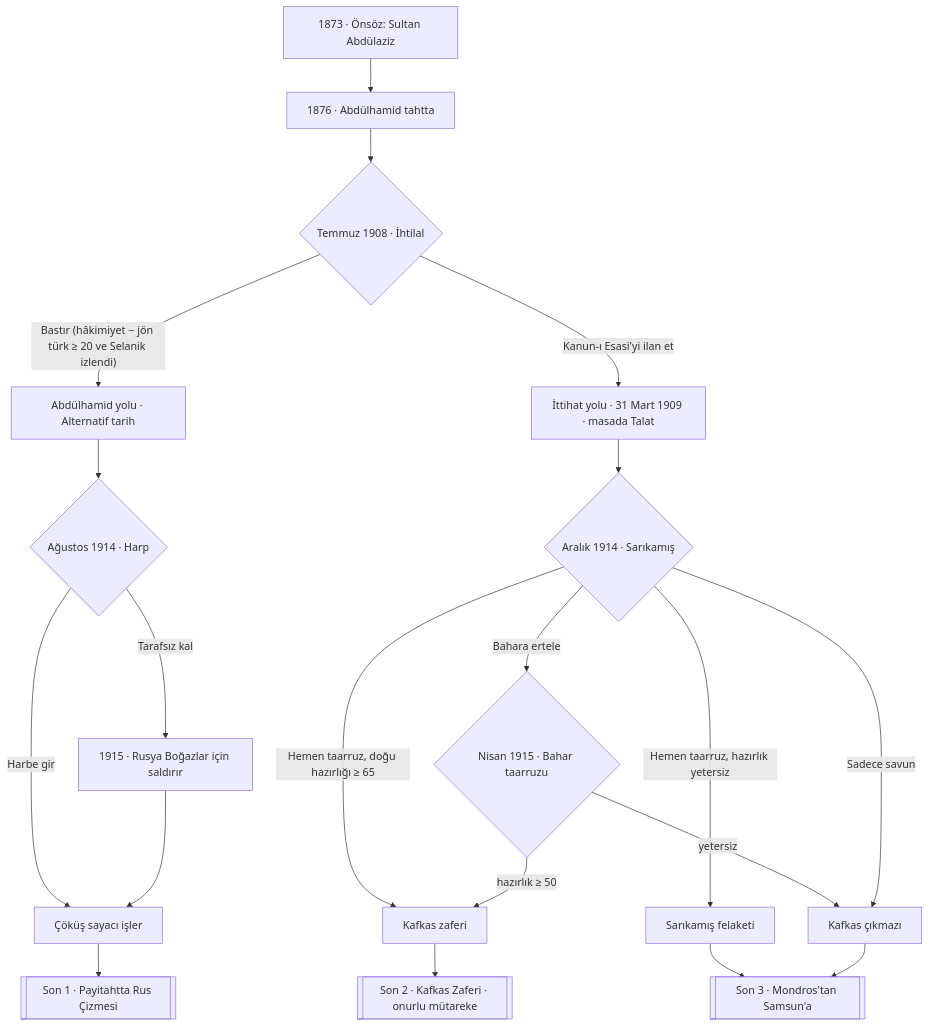
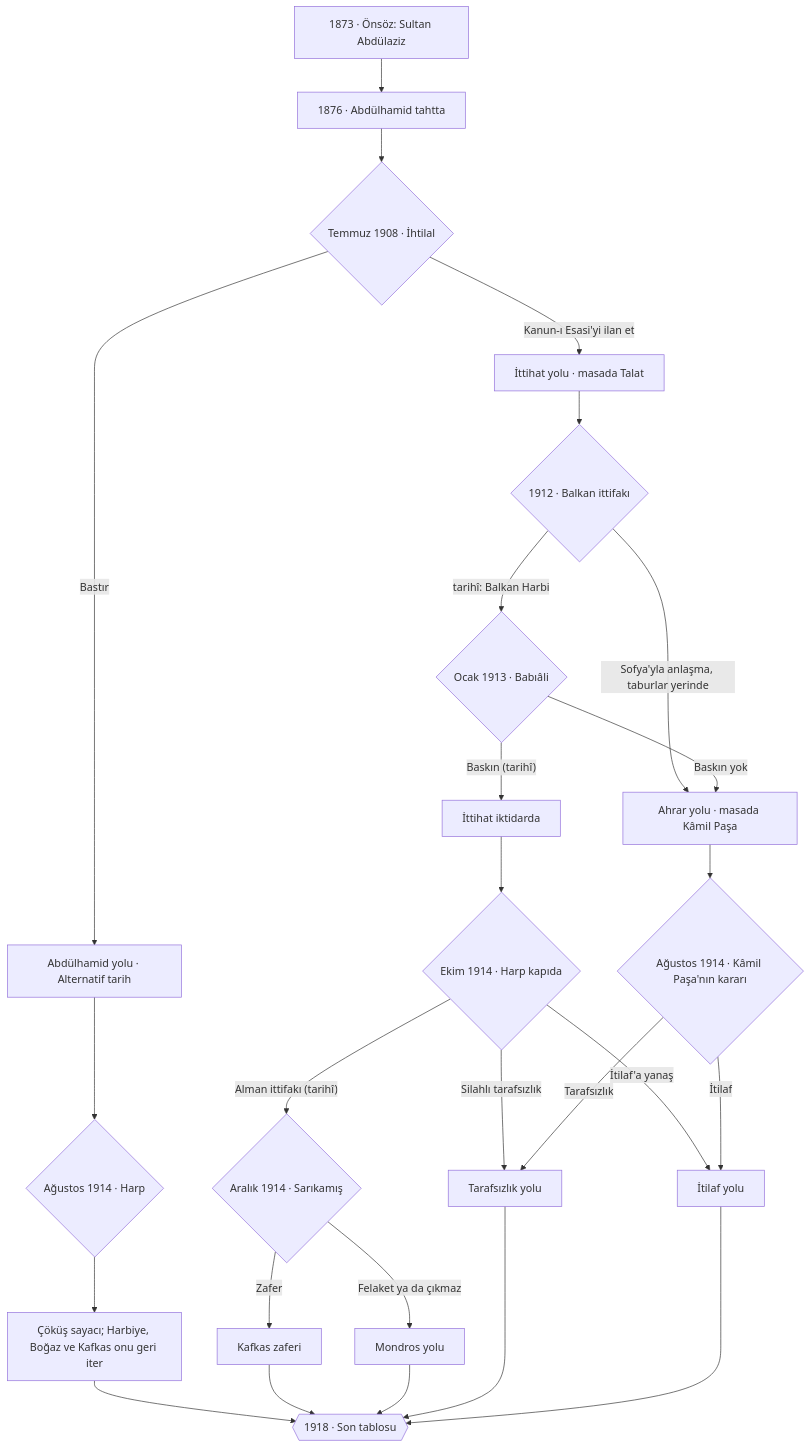
Before and after one commit to YasinAhmet/ayastefanos: the diagram in Lore/Game Design/GD 03 Sonlar ve Yollar.md, drawn with Mermaid. The commit also changed other lines of this file and 23 other files, not shown here.

````diff
--- a/Lore/Game Design/GD 03 Sonlar ve Yollar.md
+++ b/Lore/Game Design/GD 03 Sonlar ve Yollar.md
@@ -10,21 +10,28 @@
 ```mermaid
 flowchart TD
   A["1873 · Önsöz: Sultan Abdülaziz"] --> B["1876 · Abdülhamid tahtta"]
   B --> C{"Temmuz 1908 · İhtilal"}
-  C -- "Bastır (hâkimiyet − jön türk ≥ 20 ve Selanik izlendi)" --> H["Abdülhamid yolu · Alternatif tarih"]
-  C -- "Kanun-ı Esasi'yi ilan et" --> I["İttihat yolu · 31 Mart 1909 · masada Talat"]
+  C -- "Bastır" --> H["Abdülhamid yolu · Alternatif tarih"]
+  C -- "Kanun-ı Esasi'yi ilan et" --> I["İttihat yolu · masada Talat"]
+  I --> BA{"1912 · Balkan ittifakı"}
+  BA -- "Sofya'yla anlaşma, taburlar yerinde" --> AH["Ahrar yolu · masada Kâmil Paşa"]
+  BA -- "tarihî: Balkan Harbi" --> BB{"Ocak 1913 · Babıâli"}
+  BB -- "Baskın (tarihî)" --> I2["İttihat iktidarda"]
+  BB -- "Baskın yok" --> AH
+  I2 --> W{"Ekim 1914 · Harp kapıda"}
+  W -- "Alman ittifakı (tarihî)" --> J{"Aralık 1914 · Sarıkamış"}
+  W -- "Silahlı tarafsızlık" --> T["Tarafsızlık yolu"]
+  W -- "İtilaf'a yanaş" --> E["İtilaf yolu"]
+  AH --> AW{"Ağustos 1914 · Kâmil Paşa'nın kararı"}
+  AW -- "Tarafsızlık" --> T
+  AW -- "İtilaf" --> E
   H --> H2{"Ağustos 1914 · Harp"}
-  H2 -- "Harbe gir" --> H3["Çöküş sayacı işler"]
-  H2 -- "Tarafsız kal" --> H4["1915 · Rusya Boğazlar için saldırır"] --> H3
-  H3 --> S1[["Son 1 · Payitahtta Rus Çizmesi"]]
-  I --> J{"Aralık 1914 · Sarıkamış"}
-  J -- "Hemen taarruz, doğu hazırlığı ≥ 65" --> Z["Kafkas zaferi"]
-  J -- "Hemen taarruz, hazırlık yetersiz" --> F["Sarıkamış felaketi"]
-  J -- "Bahara ertele" --> K{"Nisan 1915 · Bahar taarruzu"}
-  K -- "hazırlık ≥ 50" --> Z
-  K -- "yetersiz" --> F2["Kafkas çıkmazı"]
-  J -- "Sadece savun" --> F2
-  Z --> S2[["Son 2 · Kafkas Zaferi · onurlu mütareke"]]
-  F --> S3[["Son 3 · Mondros'tan Samsun'a"]]
-  F2 --> S3
+  H2 --> H3["Çöküş sayacı; Harbiye, Boğaz ve Kafkas onu geri iter"]
+  J -- "Zafer" --> Z["Kafkas zaferi"]
+  J -- "Felaket ya da çıkmaz" --> F["Mondros yolu"]
+  H3 --> M{{"1918 · Son tablosu"}}
+  Z --> M
+  F --> M
+  T --> M
+  E --> M
 ```
````
